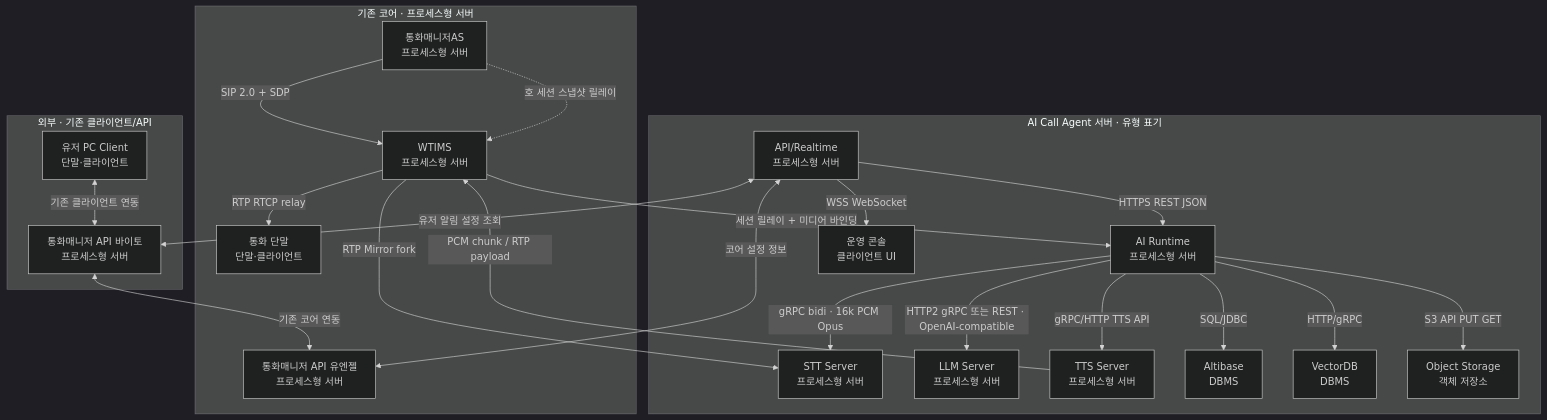
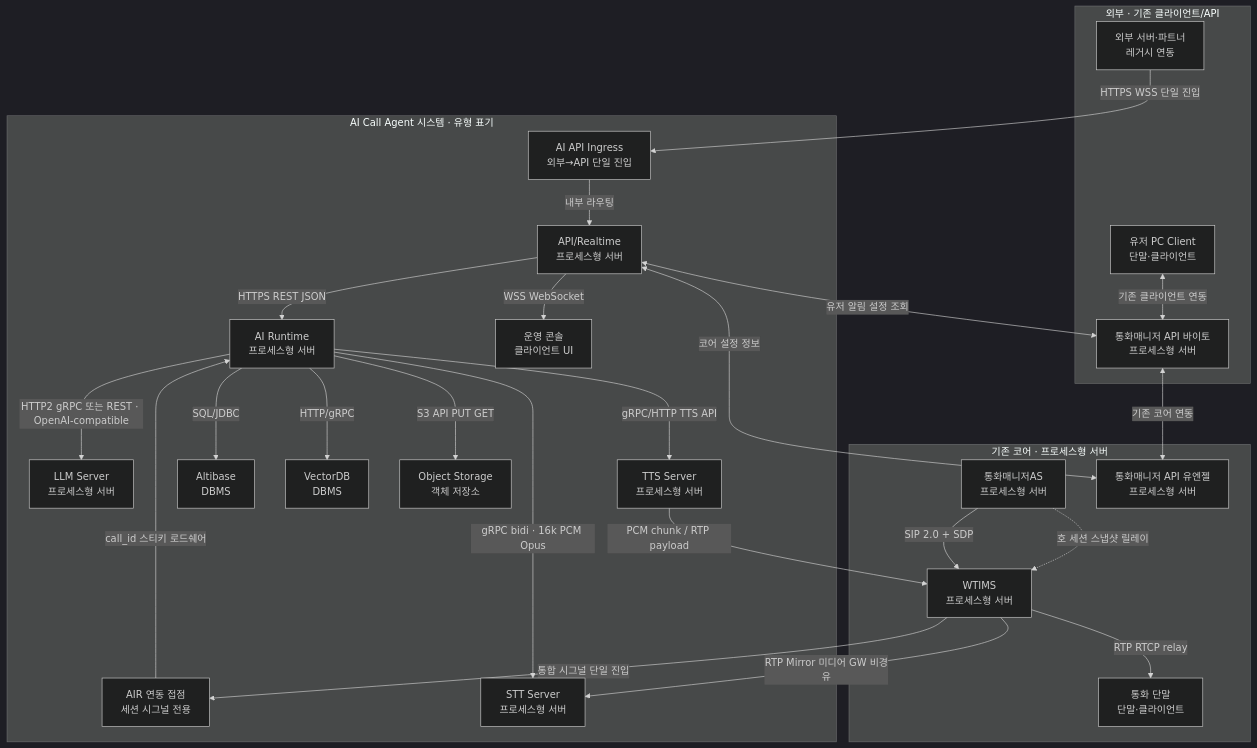
Before and after one commit to hak023/agentic_ai_callbot: the second of 5 diagrams in docs/architecture/production-deployment-architecture.md, drawn with Mermaid (dark theme). The commit also changed other lines of this file, not shown here.

Commit message:
docs(architecture): production-deployment-architecture sip-pbx와 동기화(EMS 대표 VIP·기타 누적)

````diff
--- a/docs/architecture/production-deployment-architecture.md
+++ b/docs/architecture/production-deployment-architecture.md
@@ -244,39 +313,45 @@
 ```mermaid
 flowchart TD
     subgraph EXT_LEGACY["외부 · 기존 클라이언트/API"]
         PCL["유저 PC Client<br/>단말·클라이언트"]
         BAPI["통화매니저 API 바이토<br/>프로세스형 서버"]
+        EXTAPI["외부 서버·파트너<br/>레거시 연동"]
     end
     subgraph CORE["기존 코어 · 프로세스형 서버"]
         CM["통화매니저AS<br/>프로세스형 서버"] -->|SIP 2.0 + SDP| WT["WTIMS<br/>프로세스형 서버"]
         CM -.->|호 세션 스냅샷 릴레이| WT
         WT -->|RTP RTCP relay| EP["통화 단말<br/>단말·클라이언트"]
         UAPI["통화매니저 API 유엔젤<br/>프로세스형 서버"]
     end
-    subgraph ACA["AI Call Agent 서버 · 유형 표기"]
+    subgraph ACA["AI Call Agent 시스템 · 유형 표기"]
+        GW["AIR 연동 접점<br/>세션 시그널 전용"]
         STT["STT Server<br/>프로세스형 서버"]
         AIR["AI Runtime<br/>프로세스형 서버"]
         LLM["LLM Server<br/>프로세스형 서버"]
         TTS["TTS Server<br/>프로세스형 서버"]
+        APIGW["AI API Ingress<br/>외부→API 단일 진입"]
         API["API/Realtime<br/>프로세스형 서버"]
         CON["운영 콘솔<br/>클라이언트 UI"]
         ALT["Altibase<br/>DBMS"]
         VDB["VectorDB<br/>DBMS"]
         OBJ["Object Storage<br/>객체 저장소"]
     end
     PCL <-->|기존 클라이언트 연동| BAPI
     BAPI <-->|기존 코어 연동| UAPI
+    EXTAPI -->|HTTPS WSS 단일 진입| APIGW
+    APIGW -->|내부 라우팅| API
     API <-->|코어 설정 정보| UAPI
     API <-->|유저 알림 설정 조회| BAPI
-    WT -->|세션 릴레이 + 미디어 바인딩| AIR
-    WT -->|RTP Mirror fork| STT
+    WT -->|통합 시그널 단일 진입| GW
+    GW -->|call_id 스티키 로드쉐어| AIR
+    WT -->|RTP Mirror 미디어 GW 비경유| STT
     AIR -->|gRPC bidi · 16k PCM Opus| STT
     AIR -->|HTTP2 gRPC 또는 REST · OpenAI-compatible| LLM
     AIR -->|gRPC/HTTP TTS API| TTS
     TTS -->|PCM chunk / RTP payload| WT
     API -->|HTTPS REST JSON| AIR
     API -->|WSS WebSocket| CON
     AIR -->|SQL/JDBC| ALT
     AIR -->|HTTP/gRPC| VDB
     AIR -->|S3 API PUT GET| OBJ
 ```
````
